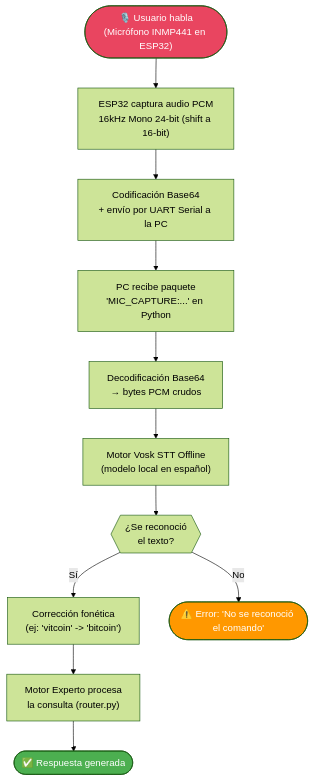
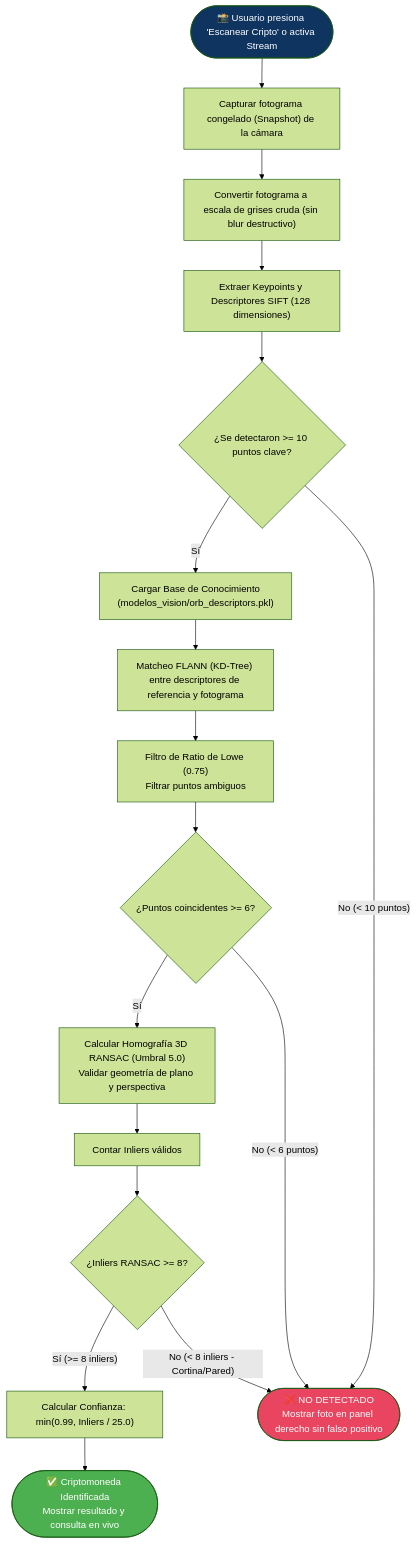
The second of 5 diagrams in README.md (Daniel-Macias-hub/Asistente-Financiero-Experto), drawn with Mermaid (forest theme) before and after one commit. The commit also changed other lines of this file, not shown here.

````diff
--- a/README.md
+++ b/README.md
@@ -102,22 +90,33 @@
 ```mermaid
 flowchart TD
-    A(["🎙️ Usuario habla\n(Micrófono INMP441 en ESP32)"])
-    B["ESP32 captura audio PCM\n16kHz Mono 24-bit (shift a 16-bit)"]
-    C["Codificación Base64\n+ envío por UART Serial a la PC"]
-    D["PC recibe paquete\n'MIC_CAPTURE:...' en Python"]
-    E["Decodificación Base64\n→ bytes PCM crudos"]
-    F["Motor Vosk STT Offline\n(modelo local en español)"]
-    G{{"¿Se reconoció\nel texto?"}}
-    H["Corrección fonética\n(ej: 'vitcoin' -> 'bitcoin')"]
-    I["Motor Experto procesa\nla consulta (router.py)"]
-    J(["✅ Respuesta generada"])
-    K(["⚠️ Error: 'No se reconoció el comando'"])
+    A(["📸 Usuario presiona 'Escanear Cripto' o activa Stream"])
+    B["Capturar fotograma congelado (Snapshot) de la cámara"]
+    C["Convertir fotograma a escala de grises cruda (sin blur destructivo)"]
+    D["Extraer Keypoints y Descriptores SIFT (128 dimensiones)"]
+    E{"¿Se detectaron >= 10 puntos clave?"}
+    
+    F["Cargar Base de Conocimiento\n(modelos_vision/orb_descriptors.pkl)"]
+    G["Matcheo FLANN (KD-Tree) entre descriptores de referencia y fotograma"]
+    H["Filtro de Ratio de Lowe (0.75)\nFiltrar puntos ambiguos"]
+    I{"¿Puntos coincidentes >= 6?"}
+    
+    J["Calcular Homografía 3D RANSAC (Umbral 5.0)\nValidar geometría de plano y perspectiva"]
+    K["Contar Inliers válidos"]
+    L{"¿Inliers RANSAC >= 8?"}
+    
+    M["Calcular Confianza: min(0.99, Inliers / 25.0)"]
+    N(["✅ Criptomoneda Identificada\nMostrar resultado y consulta en vivo"])
+    O(["❌ NO DETECTADO\nMostrar foto en panel derecho sin falso positivo"])
 
-    A --> B --> C --> D --> E --> F --> G
-    G -->|"Sí"| H --> I --> J
-    G -->|"No"| K
+    A --> B --> C --> D --> E
+    E -->|"Sí"| F --> G --> H --> I
+    E -->|"No (< 10 puntos)"| O
+    I -->|"Sí"| J --> K --> L
+    I -->|"No (< 6 puntos)"| O
+    L -->|"Sí (>= 8 inliers)"| M --> N
+    L -->|"No (< 8 inliers - Cortina/Pared)"| O
 
-    style A fill:#e94560,color:#fff
-    style J fill:#4caf50,color:#fff
-    style K fill:#ff9800,color:#fff
+    style A fill:#0f3460,color:#fff
+    style N fill:#4caf50,color:#fff
+    style O fill:#e94560,color:#fff
 ```
````
